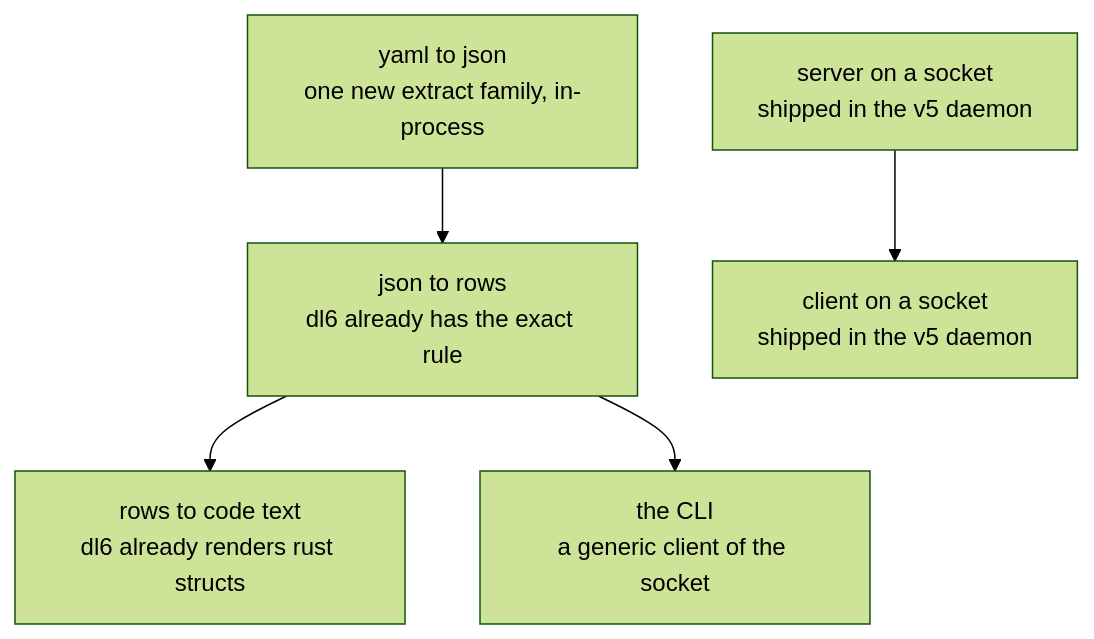
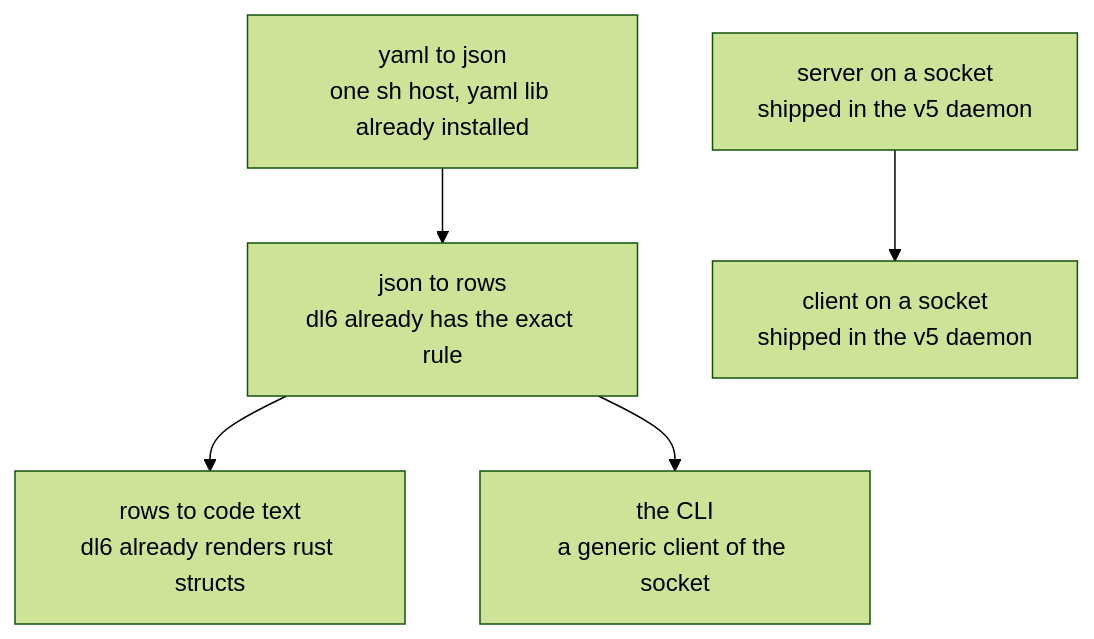
One commit to hafley66/sprefa changed the third of 5 diagrams in plans/2026-08-17-openapi-clap-uds.PLAN.visual.human.unga.md. Above: the diagram before and after it, drawn with Mermaid (forest theme). The commit also changed other lines of this file and 1 other file, not shown here.

Commit message:
plan: yaml->json is one plain sh host over the TS runtime's yaml dep

````diff
--- a/plans/2026-08-17-openapi-clap-uds.PLAN.visual.human.unga.md
+++ b/plans/2026-08-17-openapi-clap-uds.PLAN.visual.human.unga.md
@@ -46,12 +46,12 @@
 ```mermaid
 flowchart TD
-  A["yaml to json<br/>one new extract family, in-process"]
+  A["yaml to json<br/>one sh host, yaml lib already installed"]
   B["json to rows<br/>dl6 already has the exact rule"]
   C["rows to code text<br/>dl6 already renders rust structs"]
   D["server on a socket<br/>shipped in the v5 daemon"]
   E["client on a socket<br/>shipped in the v5 daemon"]
   F["the CLI<br/>a generic client of the socket"]
   A --> B --> C
   B --> F
   D --> E
 ```
````
